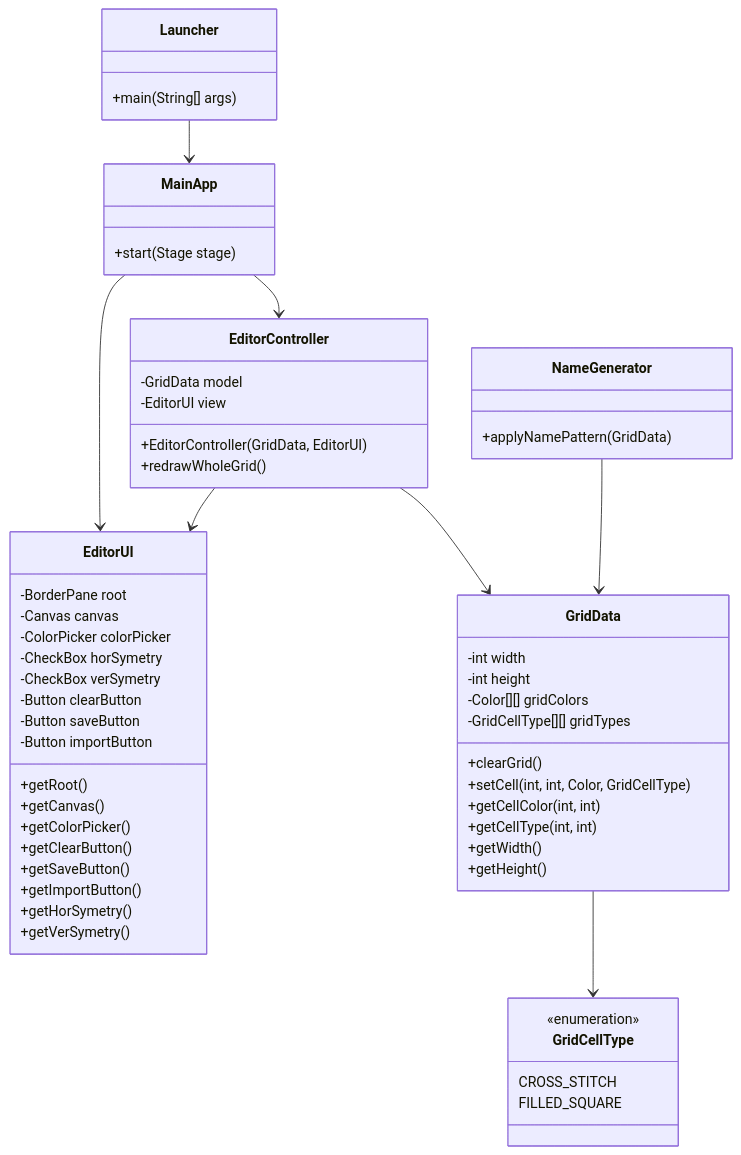
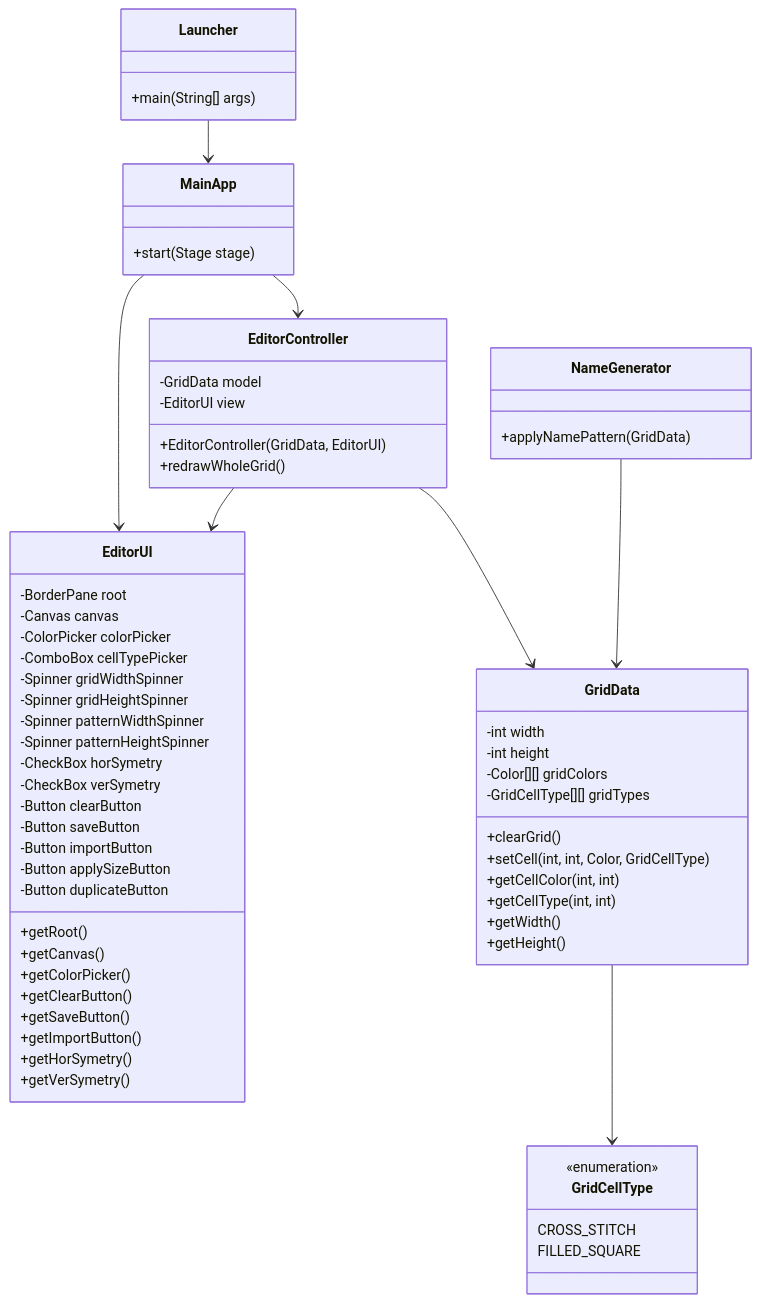
Before and after one commit to mykola-vashchuk/vyshyvanka-editor: the diagram in REPORT.md, drawn with Mermaid. The commit also changed other lines of this file, not shown here.

Commit message:
docs: update REPORT.md to include new features for grid size adjustment and pattern duplication

````diff
--- a/REPORT.md
+++ b/REPORT.md
@@ -121,67 +127,74 @@
 ```mermaid
 classDiagram
     class Launcher {
         +main(String[] args)
     }
 
     class MainApp {
         +start(Stage stage)
     }
 
     class EditorController {
         -GridData model
         -EditorUI view
         +EditorController(GridData, EditorUI)
         +redrawWholeGrid()
     }
 
     class EditorUI {
         -BorderPane root
         -Canvas canvas
         -ColorPicker colorPicker
+        -ComboBox<GridCellType> cellTypePicker
+        -Spinner<Integer> gridWidthSpinner
+        -Spinner<Integer> gridHeightSpinner
+        -Spinner<Integer> patternWidthSpinner
+        -Spinner<Integer> patternHeightSpinner
         -CheckBox horSymetry
         -CheckBox verSymetry
         -Button clearButton
         -Button saveButton
         -Button importButton
+        -Button applySizeButton
+        -Button duplicateButton
         +getRoot()
         +getCanvas()
         +getColorPicker()
         +getClearButton()
         +getSaveButton()
         +getImportButton()
         +getHorSymetry()
         +getVerSymetry()
     }
 
     class GridData {
         -int width
         -int height
         -Color[][] gridColors
         -GridCellType[][] gridTypes
         +clearGrid()
         +setCell(int, int, Color, GridCellType)
         +getCellColor(int, int)
         +getCellType(int, int)
         +getWidth()
         +getHeight()
     }
 
     class GridCellType {
         <<enumeration>>
         CROSS_STITCH
         FILLED_SQUARE
     }
 
     class NameGenerator {
         +applyNamePattern(GridData)
     }
 
     Launcher --> MainApp
     MainApp --> EditorController
     MainApp --> EditorUI
     EditorController --> GridData
     EditorController --> EditorUI
     NameGenerator --> GridData
     GridData --> GridCellType
 ```
````
